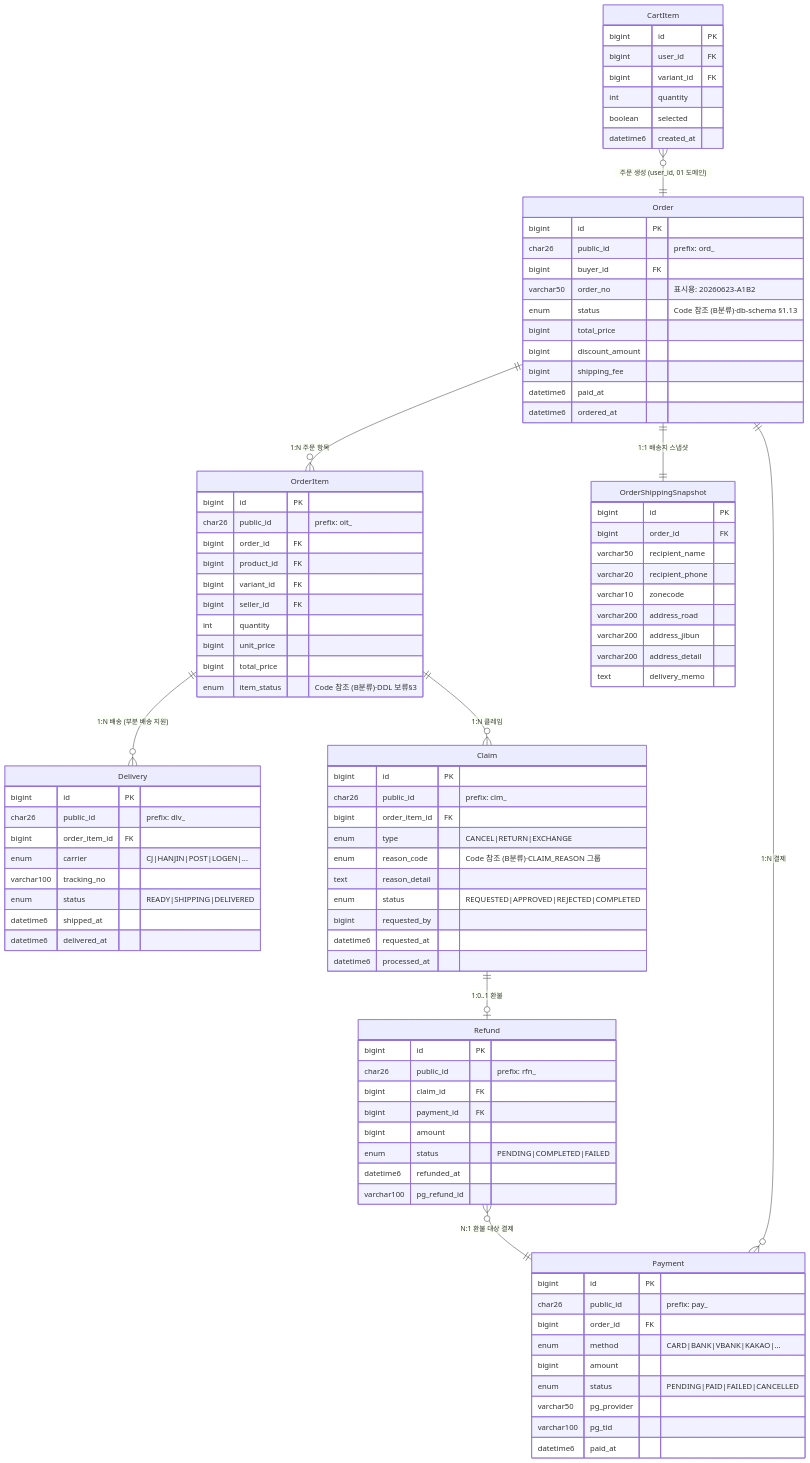
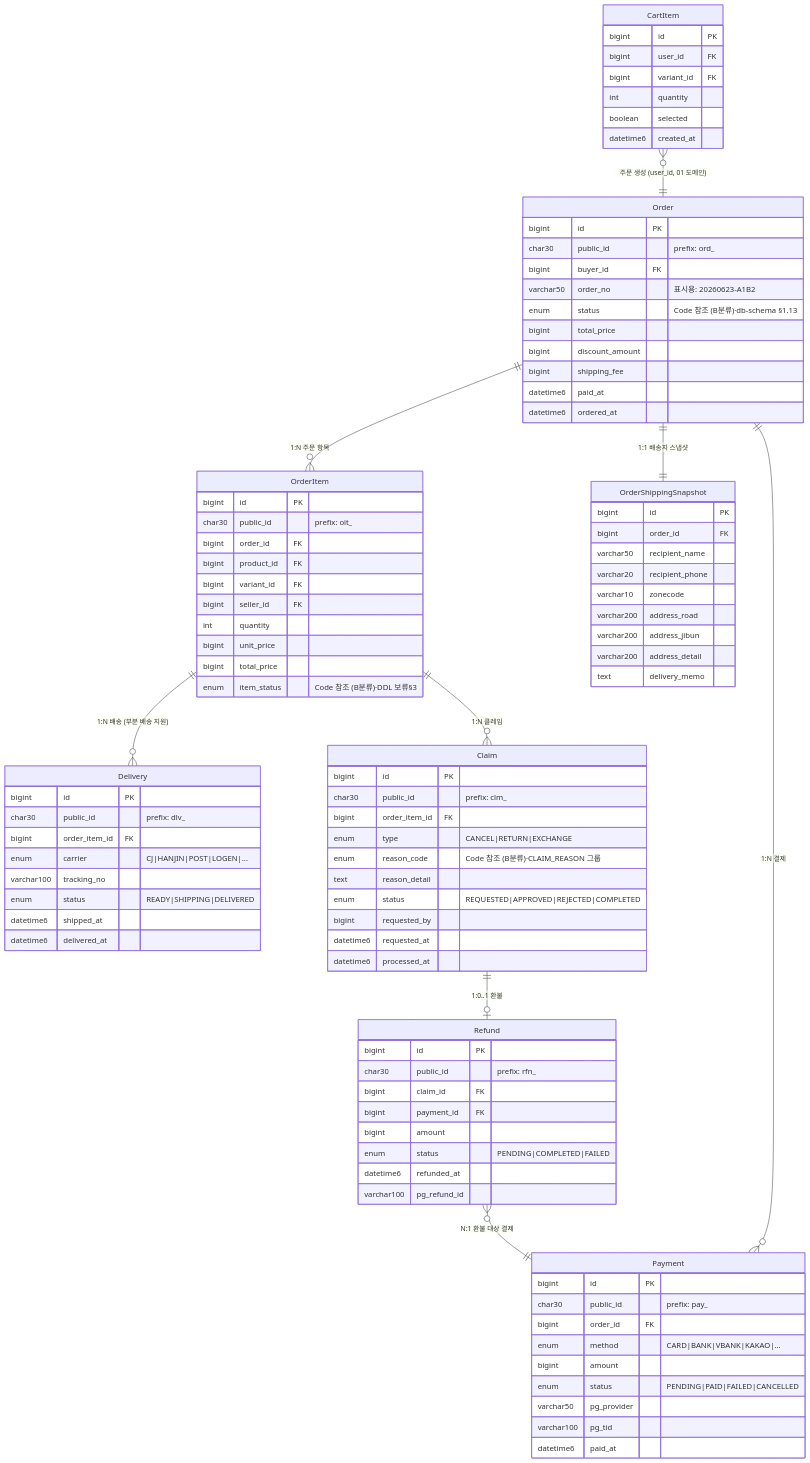
The diagram in docs/design/erd/04-order-payment-delivery-claim.md (zeus721-zslab/zslab-mall), drawn with Mermaid before and after one commit. The commit also changed 11 other files, not shown here.

First line of the commit message:
fix(pr-04.5): architecture-baseline 정합성 정정 (M-21/M-22/ADR-006)

```diff
--- a/docs/design/erd/04-order-payment-delivery-claim.md
+++ b/docs/design/erd/04-order-payment-delivery-claim.md
@@ -19,7 +19,7 @@
 
     Order {
         bigint id PK
-        char26 public_id "prefix: ord_"
+        char30 public_id "prefix: ord_"
         bigint buyer_id FK
         varchar50 order_no "표시용: 20260623-A1B2"
         enum status "Code 참조 (B분류)·db-schema §1.13"
@@ -32,7 +32,7 @@
 
     OrderItem {
         bigint id PK
-        char26 public_id "prefix: oit_"
+        char30 public_id "prefix: oit_"
         bigint order_id FK
         bigint product_id FK
         bigint variant_id FK
@@ -57,7 +57,7 @@
 
     Payment {
         bigint id PK
-        char26 public_id "prefix: pay_"
+        char30 public_id "prefix: pay_"
         bigint order_id FK
         enum method "CARD|BANK|VBANK|KAKAO|..."
         bigint amount
@@ -69,7 +69,7 @@
 
     Delivery {
         bigint id PK
-        char26 public_id "prefix: dlv_"
+        char30 public_id "prefix: dlv_"
         bigint order_item_id FK
         enum carrier "CJ|HANJIN|POST|LOGEN|..."
         varchar100 tracking_no
@@ -80,7 +80,7 @@
 
     Claim {
         bigint id PK
-        char26 public_id "prefix: clm_"
+        char30 public_id "prefix: clm_"
         bigint order_item_id FK
         enum type "CANCEL|RETURN|EXCHANGE"
         enum reason_code "Code 참조 (B분류)·CLAIM_REASON 그룹"
@@ -93,7 +93,7 @@
 
     Refund {
         bigint id PK
-        char26 public_id "prefix: rfn_"
+        char30 public_id "prefix: rfn_"
         bigint claim_id FK
         bigint payment_id FK
         bigint amount
```
